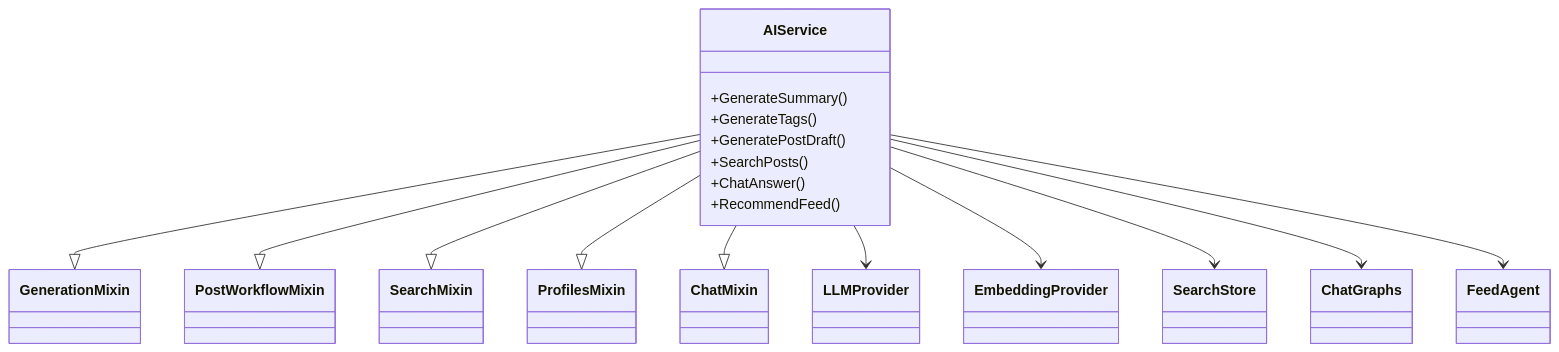
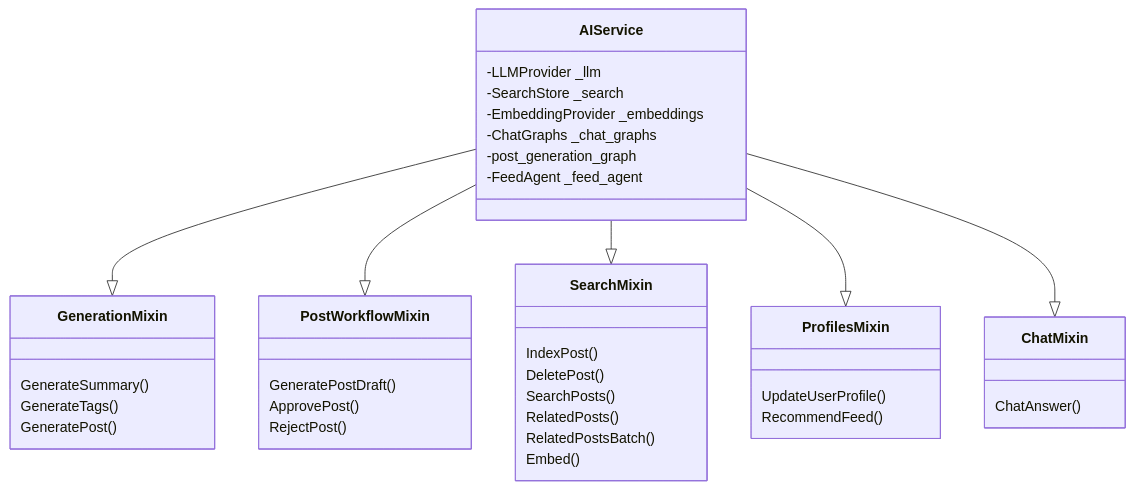
Before and after one commit to kunalPisolkar24/topos: the third of 5 diagrams in services/ai/docs/concepts/architecture.md, drawn with Mermaid. The commit also changed other lines of this file and 18 other files, not shown here.

````diff
--- a/services/ai/docs/concepts/architecture.md
+++ b/services/ai/docs/concepts/architecture.md
@@ -7,32 +120,41 @@
 ```mermaid
 classDiagram
     class AIService {
-        +GenerateSummary()
-        +GenerateTags()
-        +GeneratePostDraft()
-        +SearchPosts()
-        +ChatAnswer()
-        +RecommendFeed()
+        -LLMProvider _llm
+        -SearchStore _search
+        -EmbeddingProvider _embeddings
+        -ChatGraphs _chat_graphs
+        -post_generation_graph
+        -FeedAgent _feed_agent
     }
-    class GenerationMixin
-    class PostWorkflowMixin
-    class SearchMixin
-    class ProfilesMixin
-    class ChatMixin
-    class LLMProvider
-    class EmbeddingProvider
-    class SearchStore
-    class ChatGraphs
-    class FeedAgent
-
+    class GenerationMixin {
+        GenerateSummary()
+        GenerateTags()
+        GeneratePost()
+    }
+    class PostWorkflowMixin {
+        GeneratePostDraft()
+        ApprovePost()
+        RejectPost()
+    }
+    class SearchMixin {
+        IndexPost()
+        DeletePost()
+        SearchPosts()
+        RelatedPosts()
+        RelatedPostsBatch()
+        Embed()
+    }
+    class ProfilesMixin {
+        UpdateUserProfile()
+        RecommendFeed()
+    }
+    class ChatMixin {
+        ChatAnswer()
+    }
     AIService --|> GenerationMixin
     AIService --|> PostWorkflowMixin
     AIService --|> SearchMixin
     AIService --|> ProfilesMixin
     AIService --|> ChatMixin
-    AIService --> LLMProvider
-    AIService --> EmbeddingProvider
-    AIService --> SearchStore
-    AIService --> ChatGraphs
-    AIService --> FeedAgent
 ```
````
